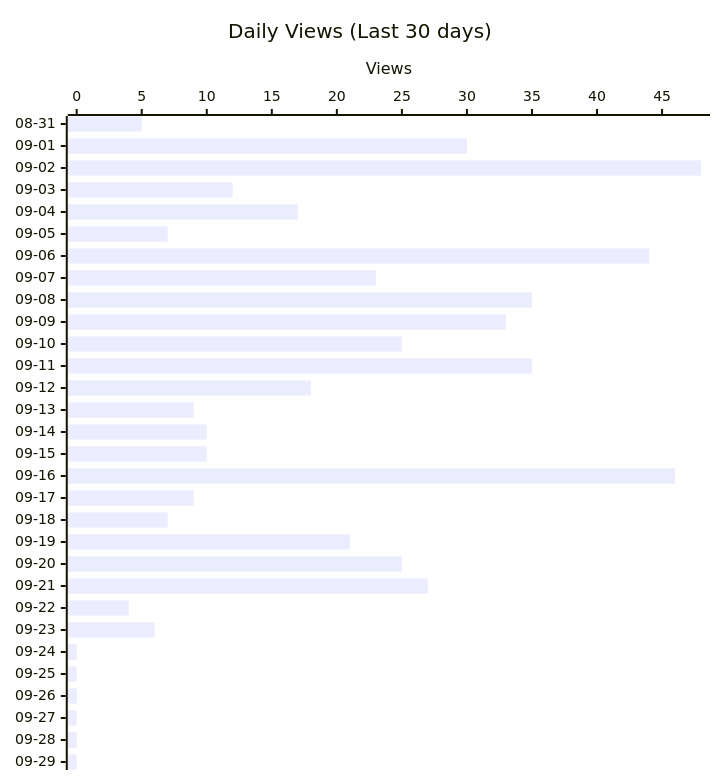
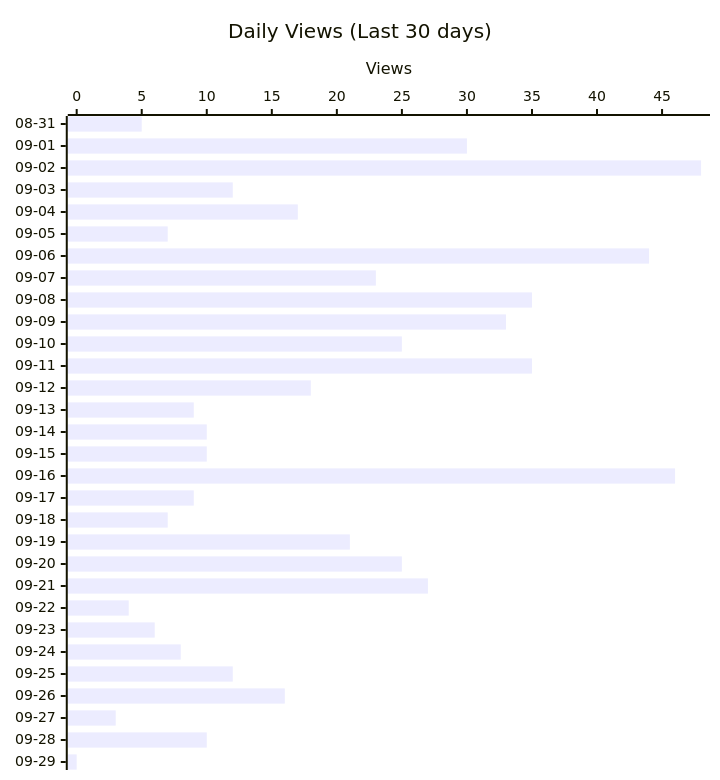
One commit to shigechika/github-insights changed the second of 4 diagrams in README.md. Above: the diagram before and after it, drawn with Mermaid. The commit also changed other lines of this file and 2 other files, not shown here.

````diff
--- a/README.md
+++ b/README.md
@@ -28,12 +28,12 @@
 ```mermaid
 ---
 config:
   xyChart:
     height: 760
 ---
 xychart-beta horizontal
     title "Daily Views (Last 30 days)"
     x-axis ["08-31", "09-01", "09-02", "09-03", "09-04", "09-05", "09-06", "09-07", "09-08", "09-09", "09-10", "09-11", "09-12", "09-13", "09-14", "09-15", "09-16", "09-17", "09-18", "09-19", "09-20", "09-21", "09-22", "09-23", "09-24", "09-25", "09-26", "09-27", "09-28", "09-29"]
     y-axis "Views"
-    bar [5, 30, 48, 12, 17, 7, 44, 23, 35, 33, 25, 35, 18, 9, 10, 10, 46, 9, 7, 21, 25, 27, 4, 6, 0, 0, 0, 0, 0, 0]
+    bar [5, 30, 48, 12, 17, 7, 44, 23, 35, 33, 25, 35, 18, 9, 10, 10, 46, 9, 7, 21, 25, 27, 4, 6, 8, 12, 16, 3, 10, 0]
 ```
````
